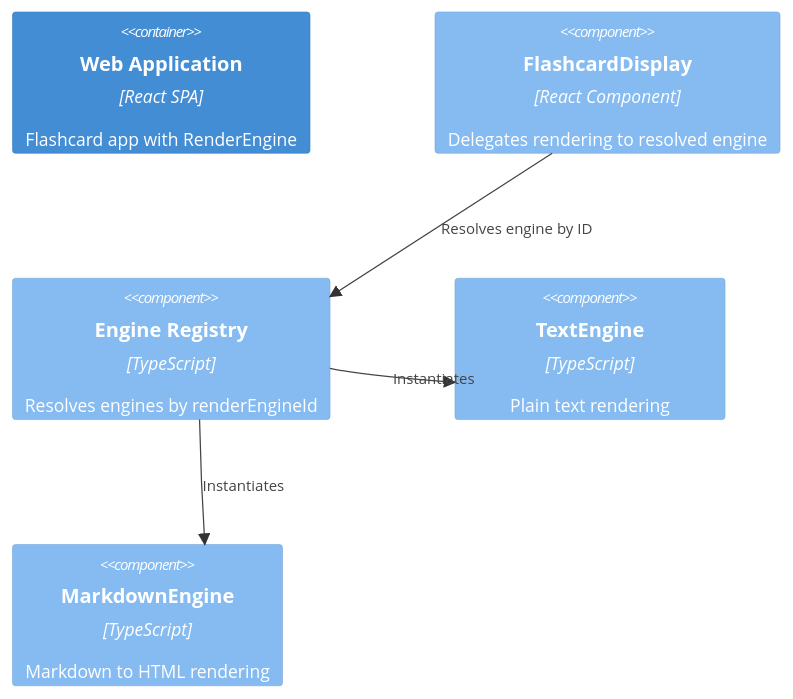
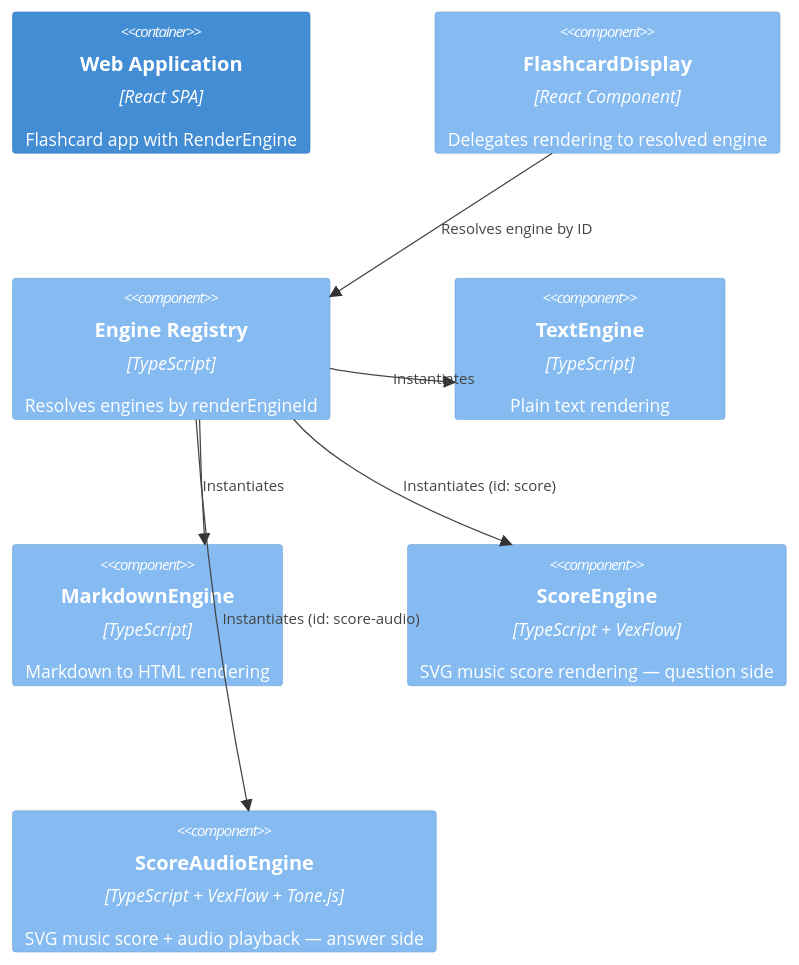
One commit to dsissoko/oneticket-core changed the third of 3 diagrams in apps/flashcards/docs/how/c4/containers.md. Above: the diagram before and after it, drawn with Mermaid. The commit also changed other lines of this file and 12 other files, not shown here.

````diff
--- a/apps/flashcards/docs/how/c4/containers.md
+++ b/apps/flashcards/docs/how/c4/containers.md
@@ -73,13 +73,17 @@
 ```mermaid
 C4Component
     Container(spa, "Web Application", "React SPA", "Flashcard app with RenderEngine")
     
     Component(FlashcardDisplay, "FlashcardDisplay", "React Component", "Delegates rendering to resolved engine")
     Component(EngineRegistry, "Engine Registry", "TypeScript", "Resolves engines by renderEngineId")
     Component(TextEngine, "TextEngine", "TypeScript", "Plain text rendering")
     Component(MarkdownEngine, "MarkdownEngine", "TypeScript", "Markdown to HTML rendering")
+    Component(ScoreEngine, "ScoreEngine", "TypeScript + VexFlow", "SVG music score rendering — question side")
+    Component(ScoreAudioEngine, "ScoreAudioEngine", "TypeScript + VexFlow + Tone.js", "SVG music score + audio playback — answer side")
     
     Rel(FlashcardDisplay, EngineRegistry, "Resolves engine by ID")
     Rel(EngineRegistry, TextEngine, "Instantiates")
     Rel(EngineRegistry, MarkdownEngine, "Instantiates")
+    Rel(EngineRegistry, ScoreEngine, "Instantiates (id: score)")
+    Rel(EngineRegistry, ScoreAudioEngine, "Instantiates (id: score-audio)")
 ```
````
